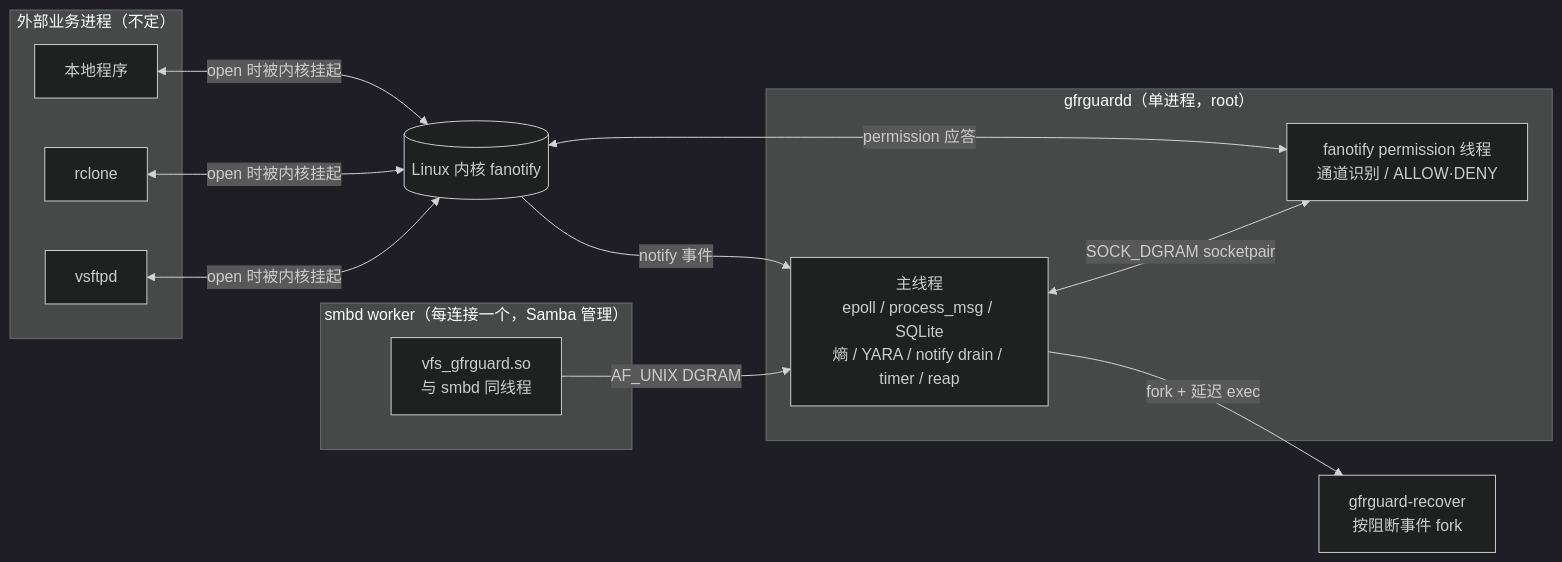
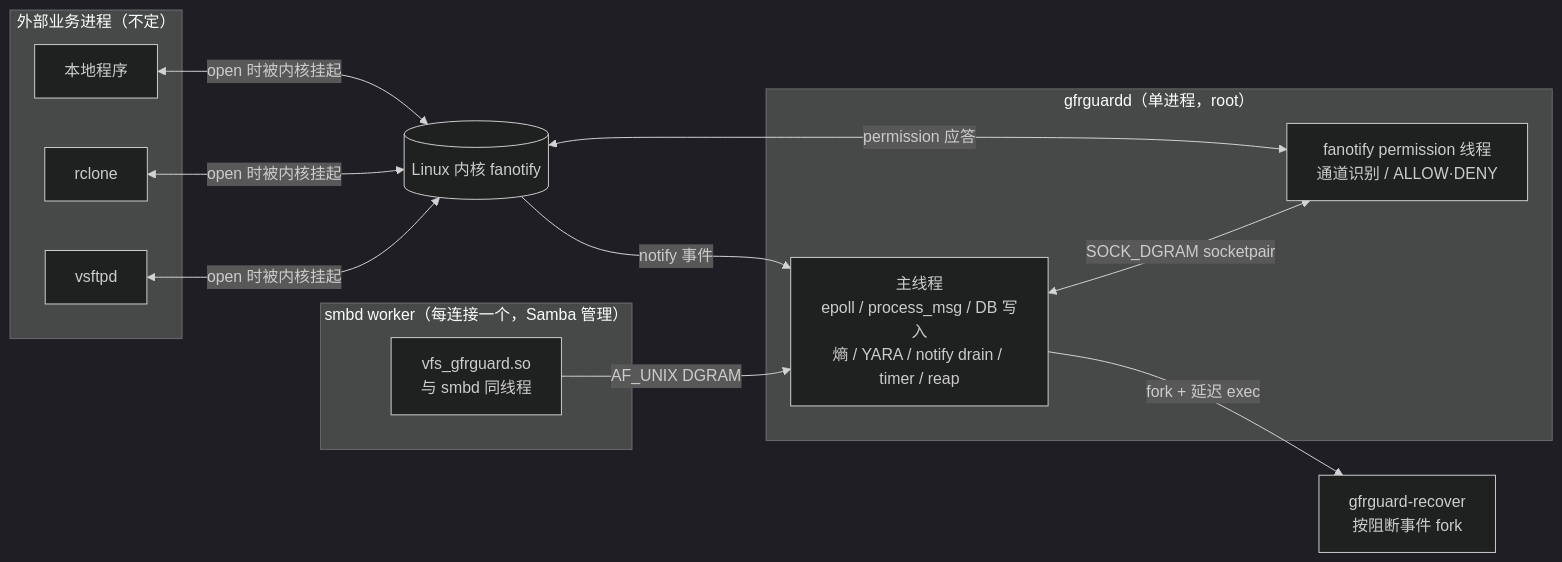
One commit to xd121614/ne_gfrguard changed the tenth of 11 diagrams in doc/specs/architecture_v2.md. Above: the diagram before and after it, drawn with Mermaid (dark theme). The commit also changed other lines of this file, not shown here.

````diff
--- a/doc/specs/architecture_v2.md
+++ b/doc/specs/architecture_v2.md
@@ -581,27 +598,27 @@
 ```mermaid
 flowchart LR
 	subgraph SMBD["smbd worker（每连接一个，Samba 管理）"]
 		VFST[vfs_gfrguard.so<br/>与 smbd 同线程]
 	end
 
 	subgraph DMN["gfrguardd（单进程，root）"]
-		MAIN[主线程<br/>epoll / process_msg / SQLite<br/>熵 / YARA / notify drain / timer / reap]
+		MAIN[主线程<br/>epoll / process_msg / DB 写入<br/>熵 / YARA / notify drain / timer / reap]
 		PTHR[fanotify permission 线程<br/>通道识别 / ALLOW·DENY]
 		MAIN <-->|SOCK_DGRAM socketpair| PTHR
 	end
 
 	subgraph BIZ["外部业务进程（不定）"]
 		VSF[vsftpd]
 		RCL[rclone]
 		LP[本地程序]
 	end
 
 	REC[gfrguard-recover<br/>按阻断事件 fork]
 	KERN[(Linux 内核 fanotify)]
 
 	VFST -->|AF_UNIX DGRAM| MAIN
 	KERN <-->|permission 应答| PTHR
 	KERN -->|notify 事件| MAIN
 	VSF & RCL & LP <-->|open 时被内核挂起| KERN
 	MAIN -->|fork + 延迟 exec| REC
 ```
````
